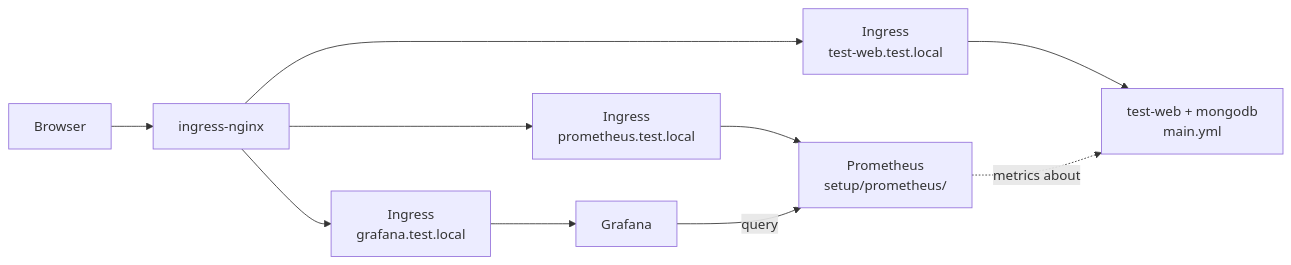
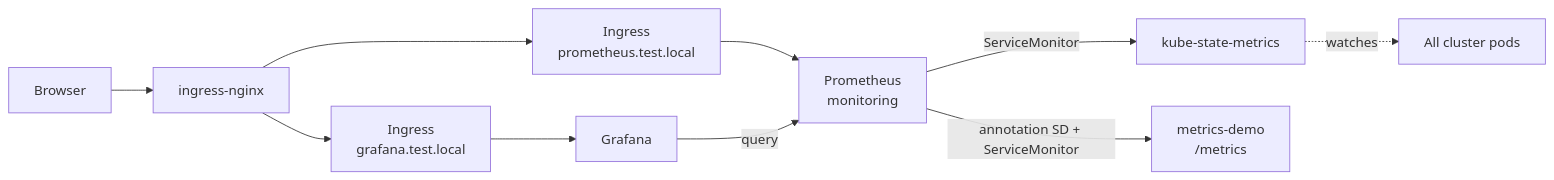
The diagram in lab4/README.md (youssefshibl/k8s-labs), drawn with Mermaid before and after one commit. The commit also changed other lines of this file and 18 other files, not shown here.

````diff
--- a/lab4/README.md
+++ b/lab4/README.md
@@ -31,18 +31,20 @@
 ```mermaid
 flowchart LR
   Browser["Browser"]
   IC["ingress-nginx"]
-  WebIng["Ingress<br/>test-web.test.local"]
   PromIng["Ingress<br/>prometheus.test.local"]
   GrafIng["Ingress<br/>grafana.test.local"]
-  Web["test-web + mongodb<br/>main.yml"]
-  Prom["Prometheus<br/>setup/prometheus/"]
+  Prom["Prometheus<br/>monitoring"]
   Graf["Grafana"]
+  KSM["kube-state-metrics"]
+  Demo["metrics-demo<br/>/metrics"]
+  AllPods["All cluster pods"]
 
   Browser --> IC
-  IC --> WebIng --> Web
   IC --> PromIng --> Prom
   IC --> GrafIng --> Graf
   Graf -->|query| Prom
-  Prom -.->|metrics about| Web
+  Prom -->|ServiceMonitor| KSM
+  KSM -.->|watches| AllPods
+  Prom -->|annotation SD + ServiceMonitor| Demo
 ```
````
